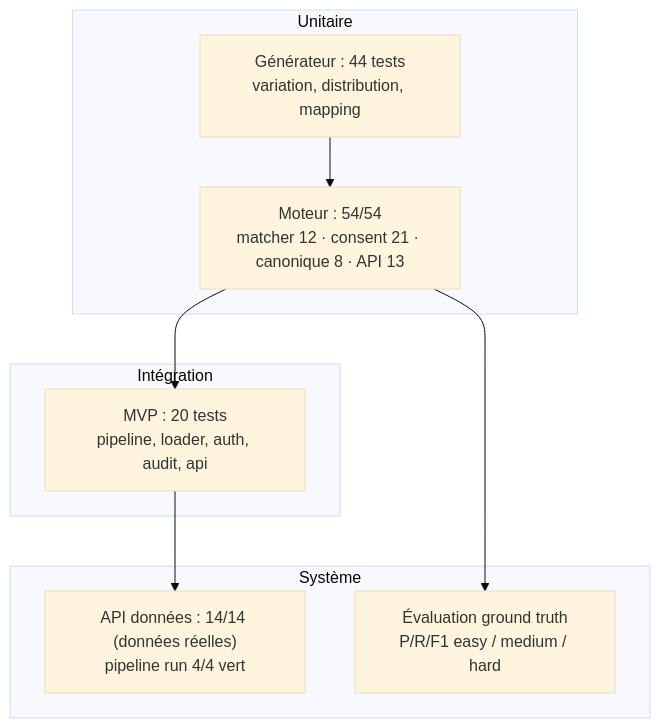
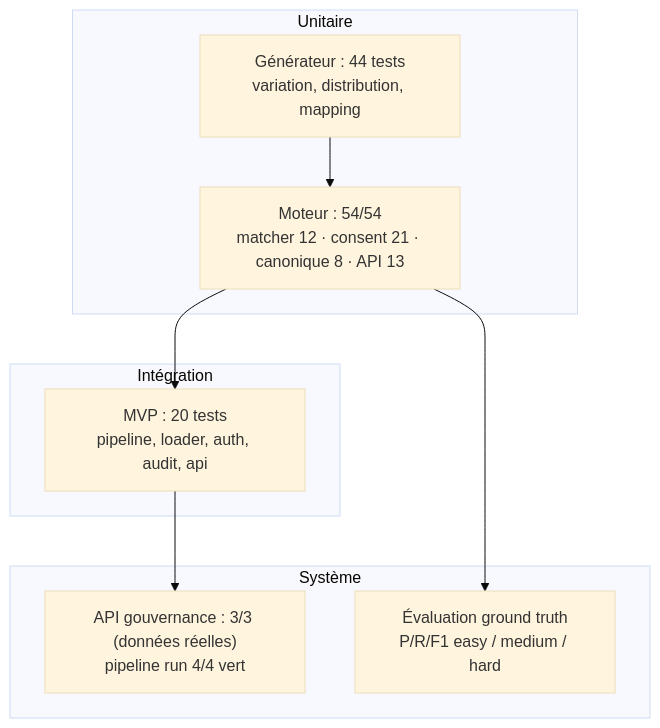
The diagram in chapters/07-tests.md (Alphamanjaka/test-big-data), drawn with Mermaid (base theme) before and after one commit. The commit also changed other lines of this file and 65 other files, not shown here.

Commit message:
Retrait du RMA : front recentre (synthese/doublons/gouvernance), API gouvernance seule 3/3, docs et memoire alignes

````diff
--- a/chapters/07-tests.md
+++ b/chapters/07-tests.md
@@ -19,16 +19,16 @@
 ```mermaid
 flowchart TD
     subgraph Unitaire
         G["Générateur : 44 tests<br/>variation, distribution, mapping"]
         E["Moteur : 54/54<br/>matcher 12 · consent 21 · canonique 8 · API 13"]
     end
     subgraph Intégration
         MVP["MVP : 20 tests<br/>pipeline, loader, auth, audit, api"]
     end
     subgraph Système
-        API["API données : 14/14 (données réelles)<br/>pipeline run 4/4 vert"]
+        API["API gouvernance : 3/3 (données réelles)<br/>pipeline run 4/4 vert"]
         EVAL["Évaluation ground truth<br/>P/R/F1 easy / medium / hard"]
     end
     G --> E --> MVP --> API
     E --> EVAL
 ```
````
